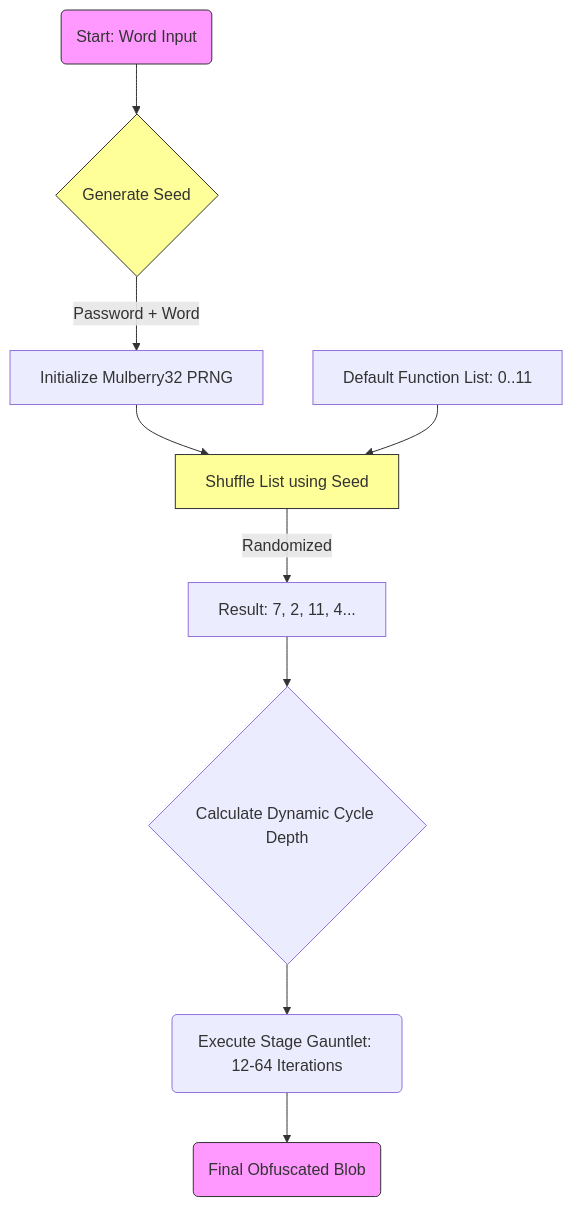
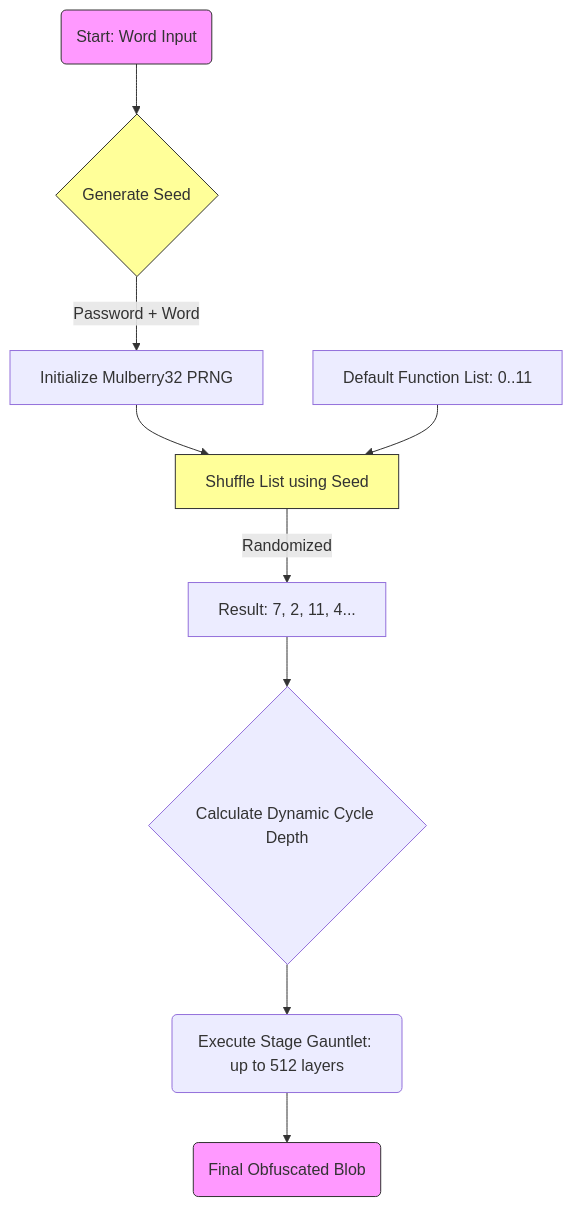
One commit to Kryklin/darkstar changed the second of 4 diagrams in DARKSTAR_ARCHITECTURE.md. Above: the diagram before and after it, drawn with Mermaid. The commit also changed other lines of this file and 2 other files, not shown here.

Commit message:
feat: upgrade Darkstar security architecture to V5 (D-KASP-512) with 512-layer obfuscation and add documentation.

````diff
--- a/DARKSTAR_ARCHITECTURE.md
+++ b/DARKSTAR_ARCHITECTURE.md
@@ -60,31 +60,31 @@
 ```mermaid
 flowchart TD
     %% Nodes
     Start(Start: Word Input)
     SeedGen{Generate Seed}
     PRNG[Initialize Mulberry32 PRNG]
 
     DefaultList[Default Function List: 0..11]
     Shuffle[Shuffle List using Seed]
     ShuffledList[Result: 7, 2, 11, 4...]
 
     CycleDepth{Calculate Dynamic Cycle Depth}
-    Execute(Execute Stage Gauntlet: 12-64 Iterations)
+    Execute(Execute Stage Gauntlet: up to 512 layers)
     Result(Final Obfuscated Blob)
 
     %% Connections
     Start --> SeedGen
     SeedGen -->|Password + Word| PRNG
     PRNG --> Shuffle
     DefaultList --> Shuffle
     Shuffle -->|Randomized| ShuffledList
 
     ShuffledList --> CycleDepth
     CycleDepth --> Execute
     Execute --> Result
 
     style Start fill:#f9f,stroke:#333
     style SeedGen fill:#ff9,stroke:#333
     style Result fill:#f9f,stroke:#333
     style Shuffle fill:#ff9,stroke:#333
 ```
````
